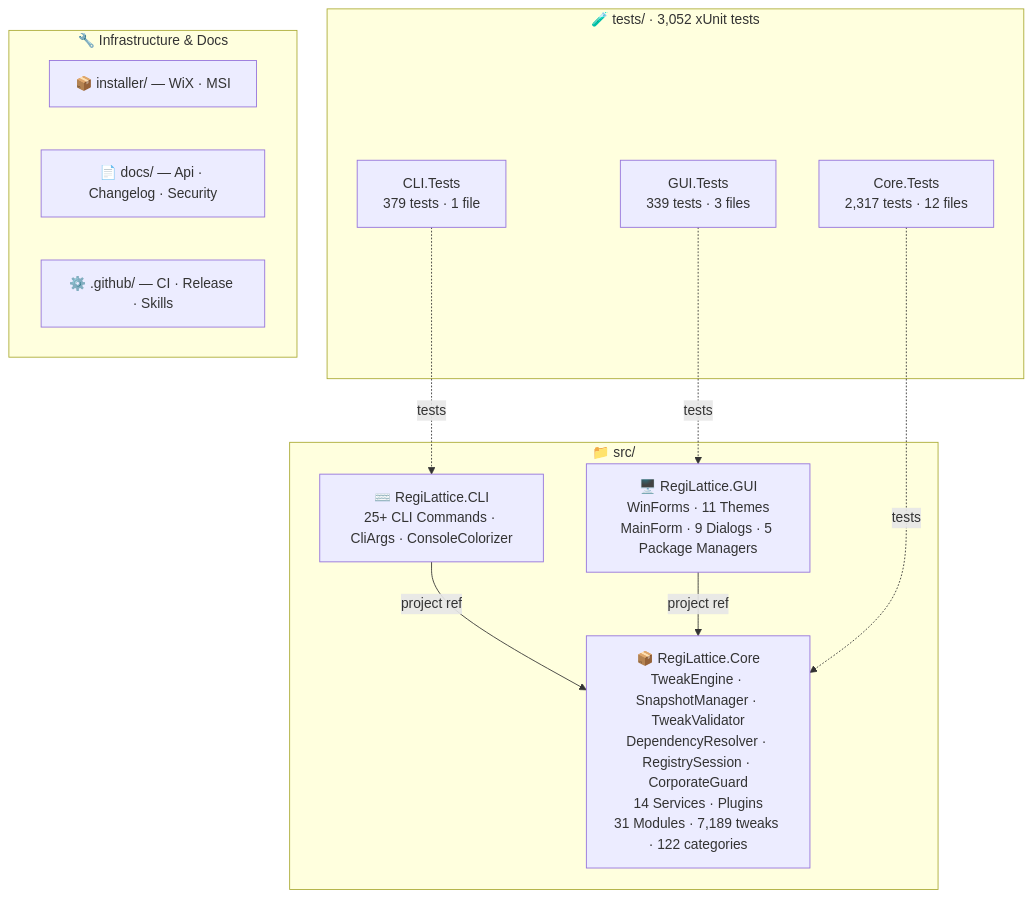
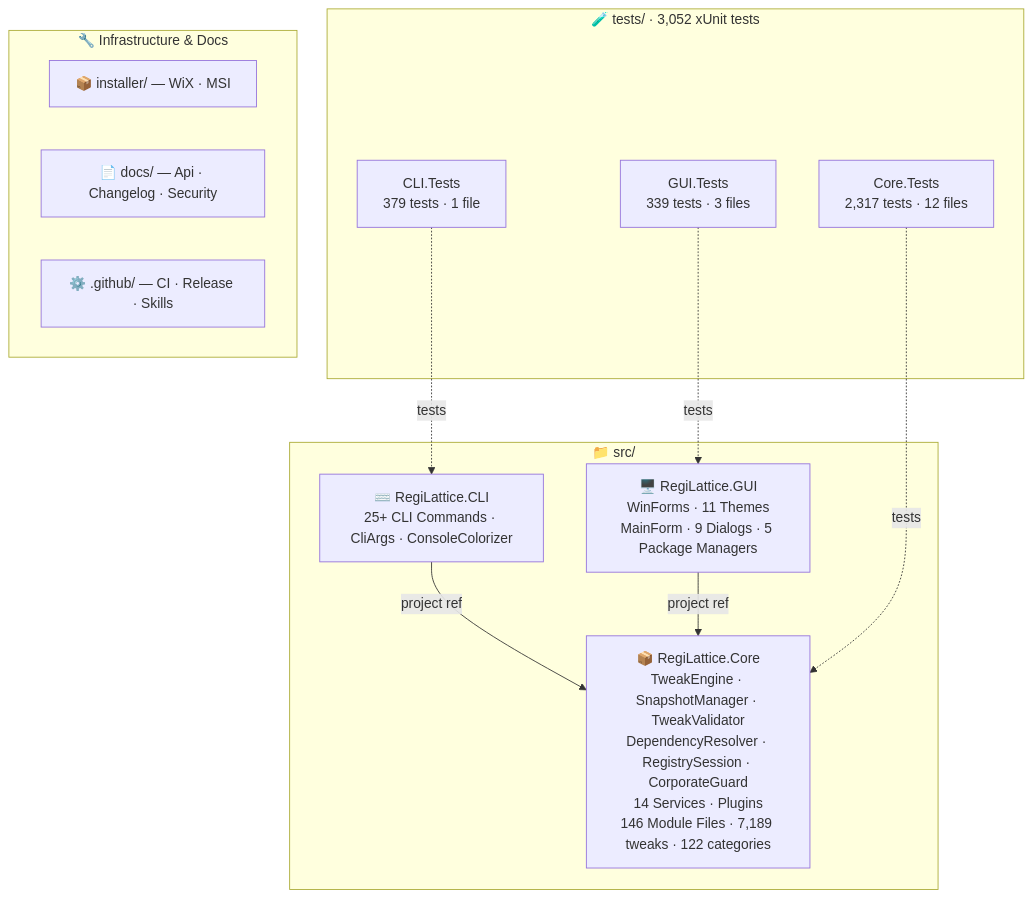
The second of 2 diagrams in README.md (RajwanYair/RegiLattice), drawn with Mermaid before and after one commit. The commit also changed other lines of this file and 7 other files, not shown here.

````diff
--- a/README.md
+++ b/README.md
@@ -255,26 +255,26 @@
 ```mermaid
 graph TD
     subgraph SRC["📁 src/"]
-        CORE["📦 RegiLattice.Core<br/>TweakEngine · SnapshotManager · TweakValidator<br/>DependencyResolver · RegistrySession · CorporateGuard<br/>14 Services · Plugins<br/>31 Modules · 7,189 tweaks · 122 categories"]
+        CORE["📦 RegiLattice.Core<br/>TweakEngine · SnapshotManager · TweakValidator<br/>DependencyResolver · RegistrySession · CorporateGuard<br/>14 Services · Plugins<br/>146 Module Files · 7,189 tweaks · 122 categories"]
         GUI["🖥️ RegiLattice.GUI<br/>WinForms · 11 Themes<br/>MainForm · 9 Dialogs · 5 Package Managers"]
         CLI["⌨️ RegiLattice.CLI<br/>25+ CLI Commands · CliArgs · ConsoleColorizer"]
     end
 
     subgraph TST["🧪 tests/  ·  3,052 xUnit tests"]
         CT["Core.Tests<br/>2,317 tests · 12 files"]
         CLT["CLI.Tests<br/>379 tests · 1 file"]
         GT["GUI.Tests<br/>339 tests · 3 files"]
     end
 
     subgraph INFRA["🔧 Infrastructure & Docs"]
         INST["📦 installer/ — WiX · MSI"]
         DOCS["📄 docs/ — Api · Changelog · Security"]
         GH["⚙️ .github/ — CI · Release · Skills"]
     end
 
     CLI -->|project ref| CORE
     GUI -->|project ref| CORE
     CT -.->|tests| CORE
     CLT -.->|tests| CLI
     GT -.->|tests| GUI
 ```
````
